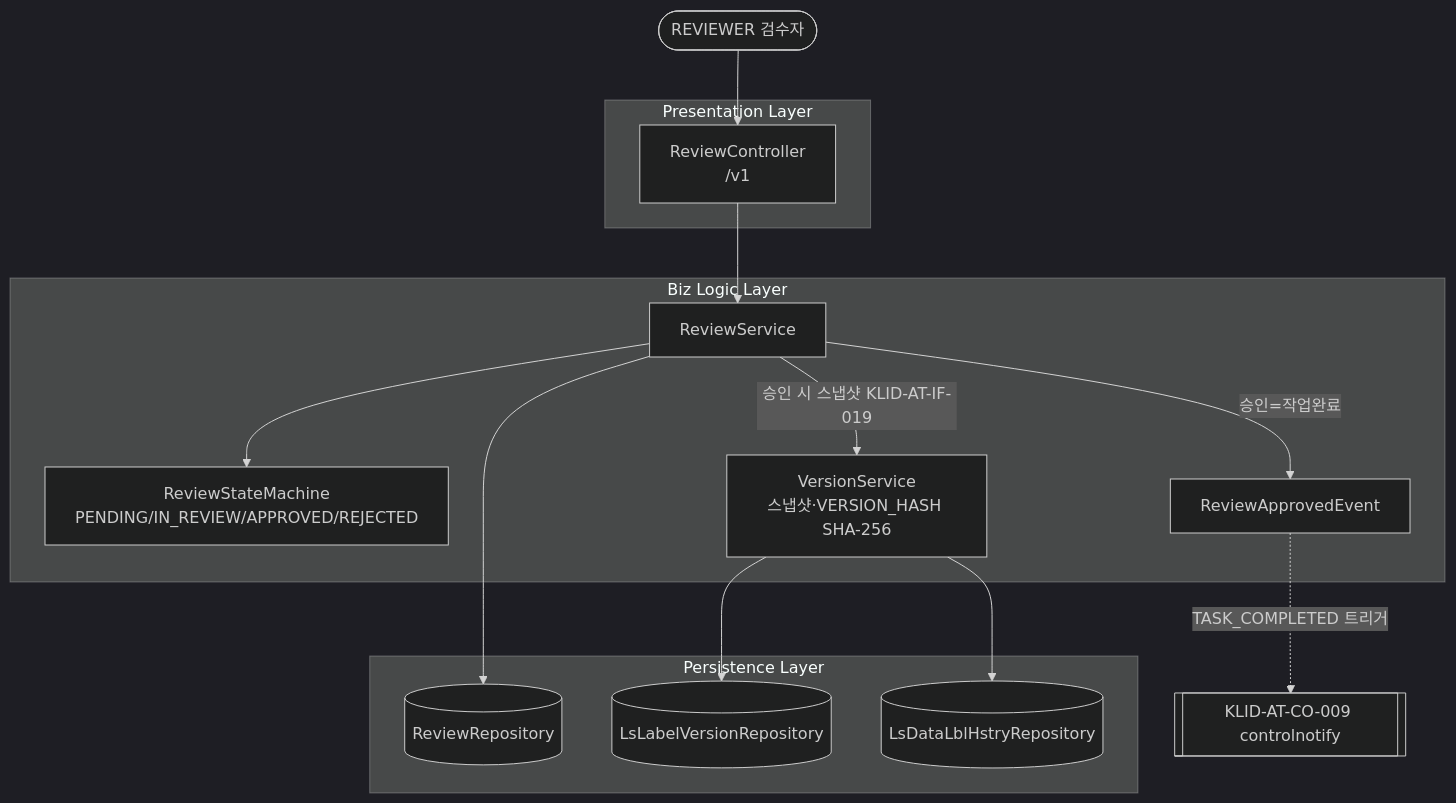
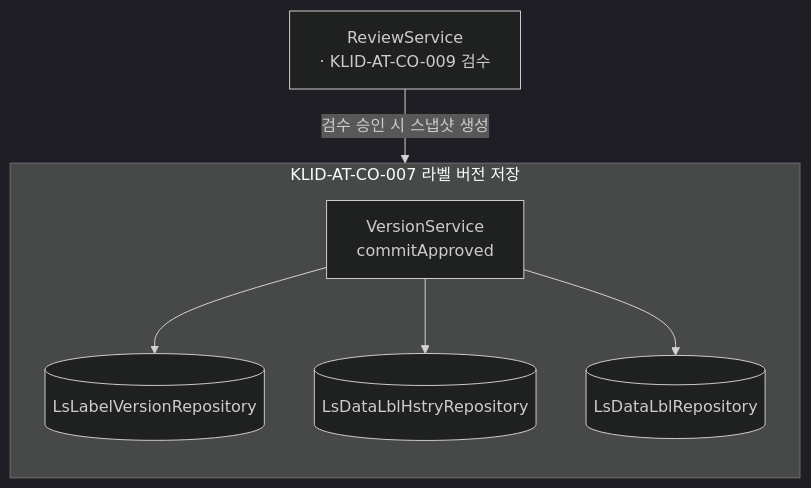
One commit to New-stella/klid-label changed the seventh of 13 diagrams in docs/design/D3-컴포넌트설계서.md. Above: the diagram before and after it, drawn with Mermaid (dark theme). The commit also changed other lines of this file and 6 other files, not shown here.

````diff
--- a/docs/design/D3-컴포넌트설계서.md
+++ b/docs/design/D3-컴포넌트설계서.md
@@ -261,30 +183,15 @@
 ```mermaid
-flowchart TB
-  REVIEWER([REVIEWER 검수자])
-  CO009[["KLID-AT-CO-009 controlnotify"]]
-
-  subgraph Presentation [Presentation Layer]
-    RvwCtrl[ReviewController<br/>/v1]
-  end
-  subgraph Biz [Biz Logic Layer]
-    RvwSvc[ReviewService]
-    RvwSm[ReviewStateMachine<br/>PENDING/IN_REVIEW/APPROVED/REJECTED]
-    RvwEvt[ReviewApprovedEvent]
-    VerSvc[VersionService<br/>스냅샷·VERSION_HASH SHA-256]
-  end
-  subgraph Persistence [Persistence Layer]
-    RvwRepo[(ReviewRepository)]
-    VerRepo[(LsLabelVersionRepository)]
-    HstRepo[(LsDataLblHstryRepository)]
-  end
-
-  REVIEWER --> RvwCtrl
-  RvwCtrl --> RvwSvc
-  RvwSvc --> RvwSm
-  RvwSvc --> RvwRepo
-  RvwSvc -->|승인 시 스냅샷 KLID-AT-IF-019| VerSvc
-  RvwSvc -->|승인=작업완료| RvwEvt
-  RvwEvt -.TASK_COMPLETED 트리거.-> CO009
-  VerSvc --> VerRepo
-  VerSvc --> HstRepo
+flowchart TD
+    RS[ReviewService<br/>· KLID-AT-CO-009 검수]
+    subgraph CO007[KLID-AT-CO-007 라벨 버전 저장]
+        direction TB
+        VS[VersionService<br/>commitApproved]
+        LLV[(LsLabelVersionRepository)]
+        LDLH[(LsDataLblHstryRepository)]
+        LDL[(LsDataLblRepository)]
+        VS --> LLV
+        VS --> LDLH
+        VS --> LDL
+    end
+    RS -->|검수 승인 시 스냅샷 생성| VS
 ```
````
